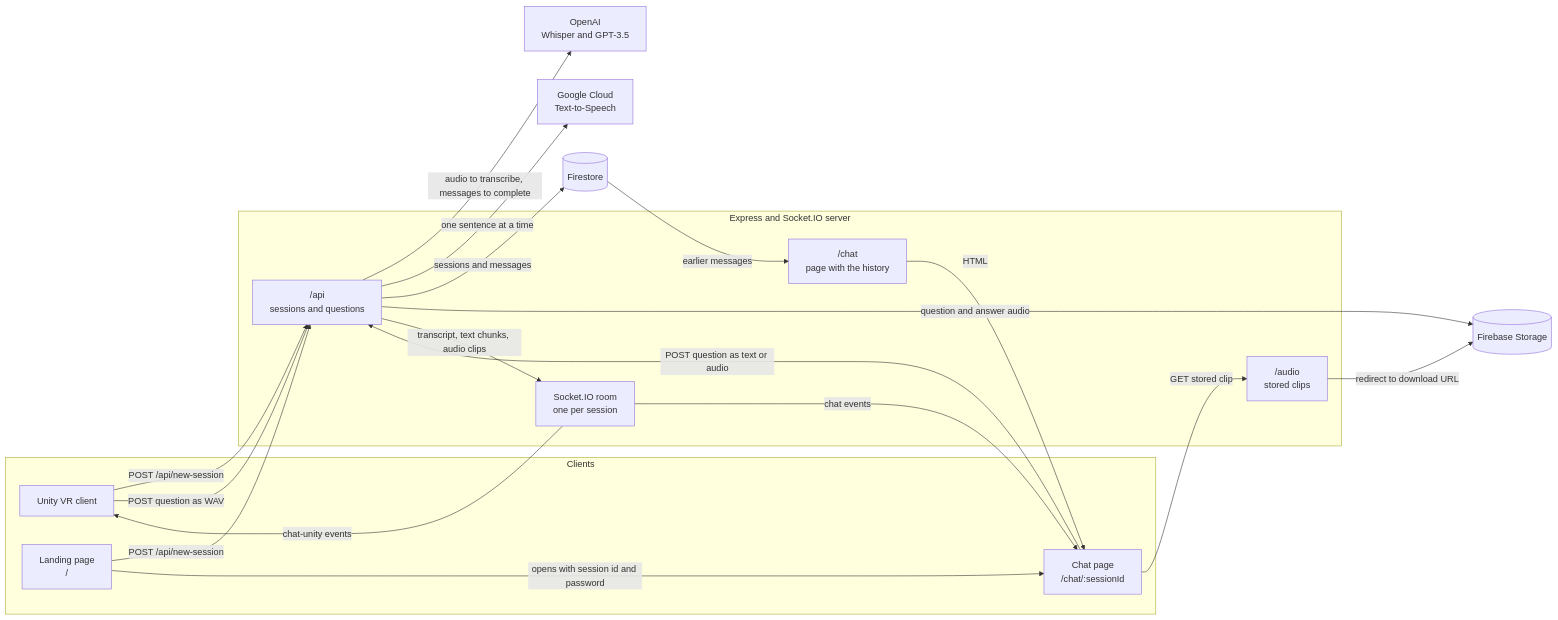
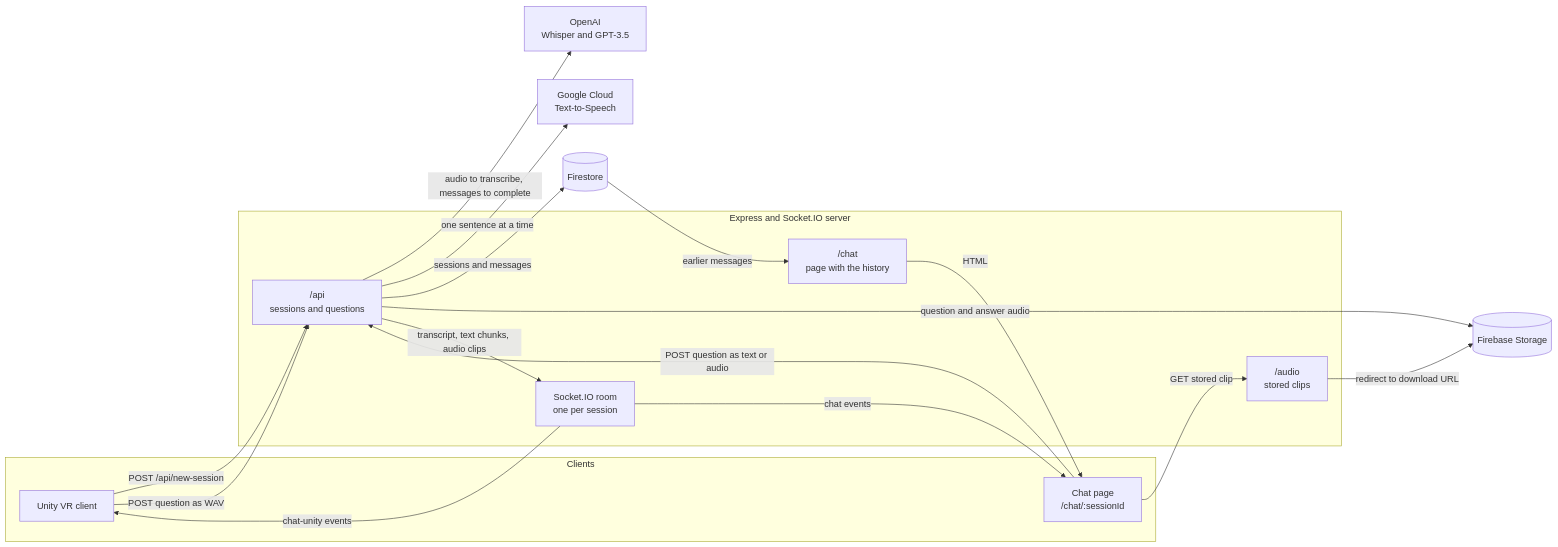
One commit to tommasomoro8/impression-cafe changed the diagram in README.md. Above: the diagram before and after it, drawn with Mermaid. The commit also changed other lines of this file, not shown here.

````diff
--- a/README.md
+++ b/README.md
@@ -91,35 +88,32 @@
 ```mermaid
 flowchart LR
   subgraph Clients
     VR["Unity VR client"]
-    Landing["Landing page<br>/"]
     ChatPage["Chat page<br>/chat/:sessionId"]
   end
   subgraph Server["Express and Socket.IO server"]
     API["/api<br>sessions and questions"]
     Pages["/chat<br>page with the history"]
     Room["Socket.IO room<br>one per session"]
     AudioRoute["/audio<br>stored clips"]
   end
   OpenAI["OpenAI<br>Whisper and GPT-3.5"]
   TTS["Google Cloud<br>Text-to-Speech"]
   FS[("Firestore")]
   ST[("Firebase Storage")]
 
-  Landing -->|"POST /api/new-session"| API
-  Landing -->|"opens with session id and password"| ChatPage
   VR -->|"POST /api/new-session"| API
   VR -->|"POST question as WAV"| API
   ChatPage -->|"POST question as text or audio"| API
   API -->|"audio to transcribe, messages to complete"| OpenAI
   API -->|"one sentence at a time"| TTS
   API -->|"sessions and messages"| FS
   API -->|"question and answer audio"| ST
   API -->|"transcript, text chunks, audio clips"| Room
   Room -->|"chat events"| ChatPage
   Room -->|"chat-unity events"| VR
   FS -->|"earlier messages"| Pages
   Pages -->|"HTML"| ChatPage
   ChatPage -->|"GET stored clip"| AudioRoute
   AudioRoute -->|"redirect to download URL"| ST
 ```
````
